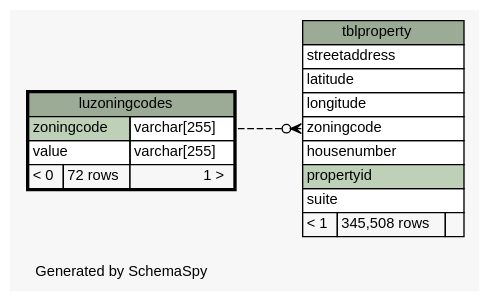
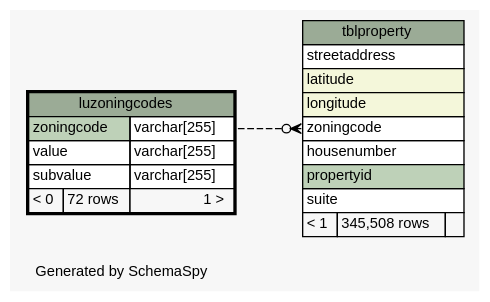
Before and after one commit to sehoven/aays401: the diagram in docs/databaseDoc/diagrams/luzoningcodes.implied2degrees.dot, drawn with Graphviz. The commit also changed 24 other files, not shown here.

```diff
--- a/docs/databaseDoc/diagrams/luzoningcodes.implied2degrees.dot
+++ b/docs/databaseDoc/diagrams/luzoningcodes.implied2degrees.dot
@@ -1,50 +1,51 @@
 // dot 2.40.1 on Mac OS X 10.10.5
 // SchemaSpy rev 590
 digraph "impliedTwoDegreesRelationshipsDiagram" {
   graph [
     rankdir="RL"
     bgcolor="#f7f7f7"
     label="\nGenerated by SchemaSpy"
     labeljust="l"
     nodesep="0.18"
     ranksep="0.46"
     fontname="Helvetica"
     fontsize="11"
   ];
   node [
     fontname="Helvetica"
     fontsize="11"
     shape="plaintext"
   ];
   edge [
     arrowsize="0.8"
   ];
   "tblproperty":"zoningcode":w -> "luzoningcodes":"zoningcode.type":e [arrowhead=none dir=back arrowtail=crowodot style=dashed];
   "luzoningcodes" [
     label=<
     <TABLE BORDER="2" CELLBORDER="1" CELLSPACING="0" BGCOLOR="#ffffff">
       <TR><TD COLSPAN="3" BGCOLOR="#9bab96" ALIGN="CENTER">luzoningcodes</TD></TR>
       <TR><TD PORT="zoningcode" COLSPAN="2" BGCOLOR="#bed1b8" ALIGN="LEFT">zoningcode</TD><TD PORT="zoningcode.type" ALIGN="LEFT">varchar[255]</TD></TR>
       <TR><TD PORT="value" COLSPAN="2" ALIGN="LEFT">value</TD><TD PORT="value.type" ALIGN="LEFT">varchar[255]</TD></TR>
+      <TR><TD PORT="subvalue" COLSPAN="2" ALIGN="LEFT">subvalue</TD><TD PORT="subvalue.type" ALIGN="LEFT">varchar[255]</TD></TR>
       <TR><TD ALIGN="LEFT" BGCOLOR="#f7f7f7">&lt; 0</TD><TD ALIGN="RIGHT" BGCOLOR="#f7f7f7">72 rows</TD><TD ALIGN="RIGHT" BGCOLOR="#f7f7f7">1 &gt;</TD></TR>
     </TABLE>>
     URL="luzoningcodes.html"
     tooltip="luzoningcodes"
   ];
   "tblproperty" [
     label=<
     <TABLE BORDER="0" CELLBORDER="1" CELLSPACING="0" BGCOLOR="#ffffff">
       <TR><TD COLSPAN="3" BGCOLOR="#9bab96" ALIGN="CENTER">tblproperty</TD></TR>
       <TR><TD PORT="streetaddress" COLSPAN="3" ALIGN="LEFT">streetaddress</TD></TR>
-      <TR><TD PORT="latitude" COLSPAN="3" ALIGN="LEFT">latitude</TD></TR>
-      <TR><TD PORT="longitude" COLSPAN="3" ALIGN="LEFT">longitude</TD></TR>
+      <TR><TD PORT="latitude" COLSPAN="3" BGCOLOR="#f4f7da" ALIGN="LEFT">latitude</TD></TR>
+      <TR><TD PORT="longitude" COLSPAN="3" BGCOLOR="#f4f7da" ALIGN="LEFT">longitude</TD></TR>
       <TR><TD PORT="zoningcode" COLSPAN="3" ALIGN="LEFT">zoningcode</TD></TR>
       <TR><TD PORT="housenumber" COLSPAN="3" ALIGN="LEFT">housenumber</TD></TR>
       <TR><TD PORT="propertyid" COLSPAN="3" BGCOLOR="#bed1b8" ALIGN="LEFT">propertyid</TD></TR>
       <TR><TD PORT="suite" COLSPAN="3" ALIGN="LEFT">suite</TD></TR>
       <TR><TD ALIGN="LEFT" BGCOLOR="#f7f7f7">&lt; 1</TD><TD ALIGN="RIGHT" BGCOLOR="#f7f7f7">345,508 rows</TD><TD ALIGN="RIGHT" BGCOLOR="#f7f7f7">  </TD></TR>
     </TABLE>>
     URL="tblproperty.html"
     tooltip="tblproperty"
   ];
 }
```
